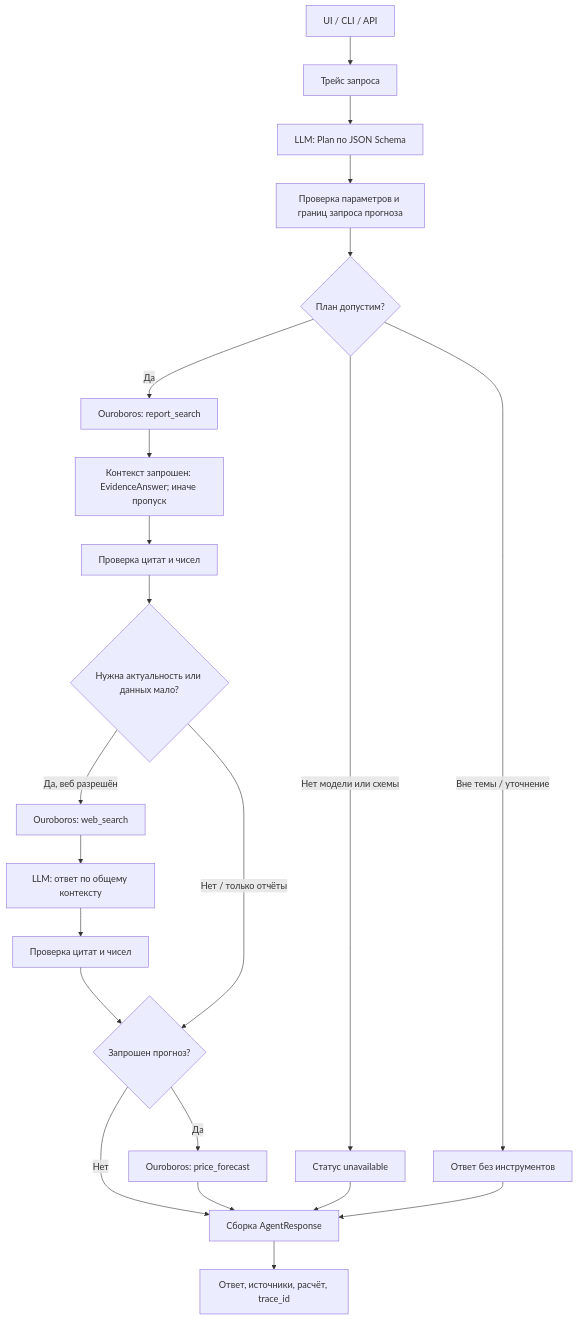
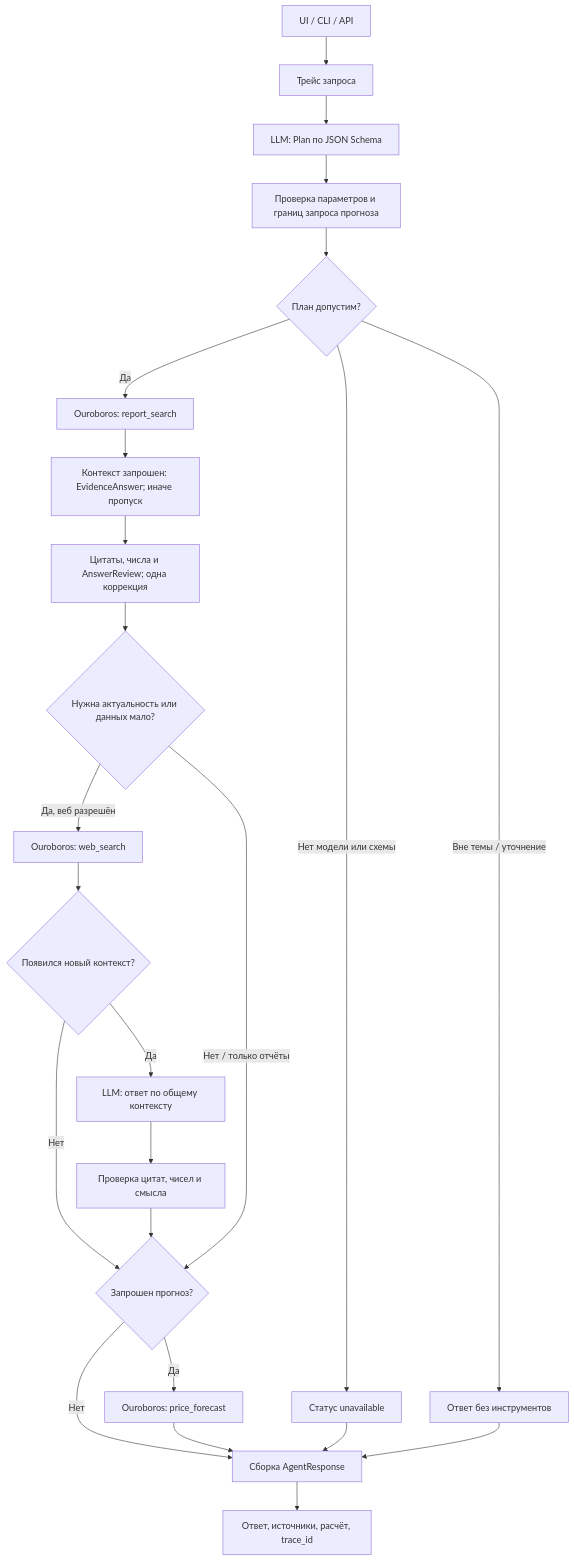
Before and after one commit to moomivee/ai_assistant: the diagram in docs/Architecture.md, drawn with Mermaid. The commit also changed other lines of this file and 21 other files, not shown here.

````diff
--- a/docs/Architecture.md
+++ b/docs/Architecture.md
@@ -7,24 +7,26 @@
 ```mermaid
 flowchart TD
     A["UI / CLI / API"] --> B["Трейс запроса"]
     B --> C["LLM: Plan по JSON Schema"]
     C --> Q["Проверка параметров и границ запроса прогноза"]
     Q --> D{"План допустим?"}
     D -->|"Нет модели или схемы"| X["Статус unavailable"]
     D -->|"Вне темы / уточнение"| Y["Ответ без инструментов"]
     D -->|"Да"| R["Ouroboros: report_search"]
     R --> E["Контекст запрошен: EvidenceAnswer; иначе пропуск"]
-    E --> F["Проверка цитат и чисел"]
+    E --> F["Цитаты, числа и AnswerReview; одна коррекция"]
     F --> G{"Нужна актуальность или данных мало?"}
     G -->|"Да, веб разрешён"| W["Ouroboros: web_search"]
-    W --> S["LLM: ответ по общему контексту"]
-    S --> V["Проверка цитат и чисел"]
+    W --> N{"Появился новый контекст?"}
+    N -->|"Да"| S["LLM: ответ по общему контексту"]
+    N -->|"Нет"| P
+    S --> V["Проверка цитат, чисел и смысла"]
     V --> P{"Запрошен прогноз?"}
     G -->|"Нет / только отчёты"| P
     P -->|"Да"| M["Ouroboros: price_forecast"]
     P -->|"Нет"| Z["Сборка AgentResponse"]
     M --> Z
     X --> Z
     Y --> Z
     Z --> O["Ответ, источники, расчёт, trace_id"]
 ```
````
